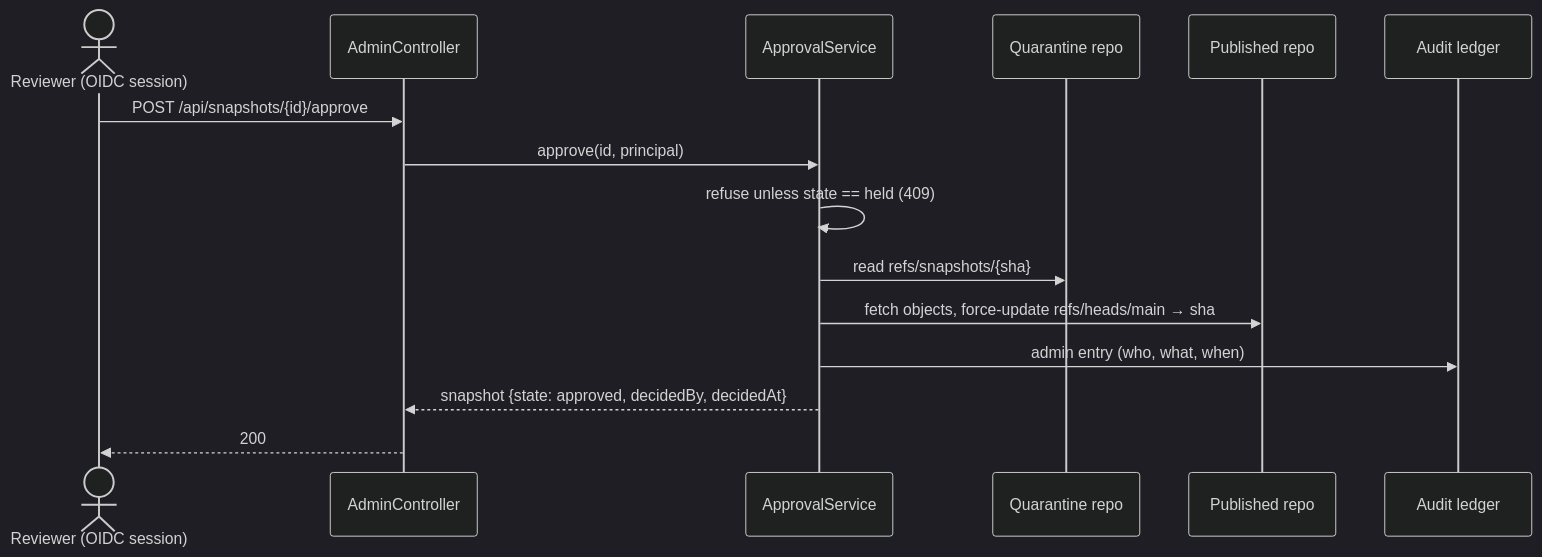
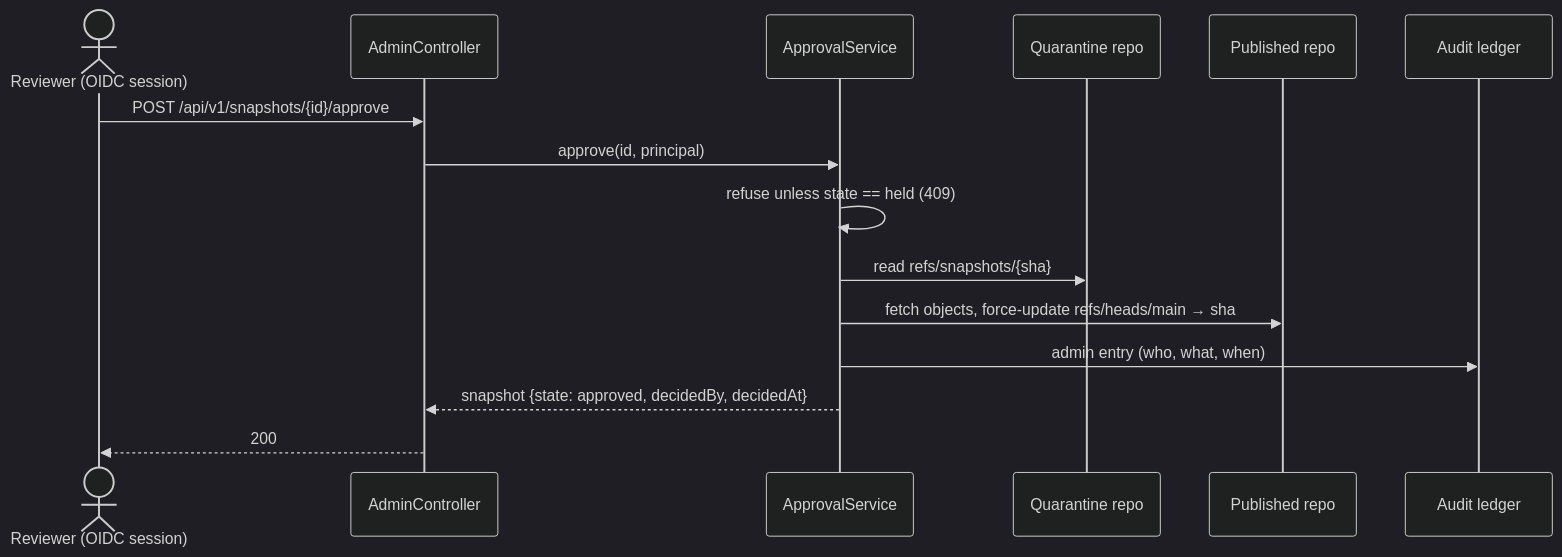
One commit to skillsgateway/skillsgateway changed the first of 2 diagrams in docs/manual/concepts/lifecycle.md. Above: the diagram before and after it, drawn with Mermaid (dark theme). The commit also changed 166 other files, not shown here.

````diff
--- a/docs/manual/concepts/lifecycle.md
+++ b/docs/manual/concepts/lifecycle.md
@@ -126,18 +126,18 @@
 ```mermaid
 sequenceDiagram
     actor Rev as Reviewer (OIDC session)
     participant API as AdminController
     participant Svc as ApprovalService
     participant Q as Quarantine repo
     participant P as Published repo
     participant L as Audit ledger
 
-    Rev->>API: POST /api/snapshots/{id}/approve
+    Rev->>API: POST /api/v1/snapshots/{id}/approve
     API->>Svc: approve(id, principal)
     Svc->>Svc: refuse unless state == held (409)
     Svc->>Q: read refs/snapshots/{sha}
     Svc->>P: fetch objects, force-update refs/heads/main → sha
     Svc->>L: admin entry (who, what, when)
     Svc-->>API: snapshot {state: approved, decidedBy, decidedAt}
     API-->>Rev: 200
 ```
````
